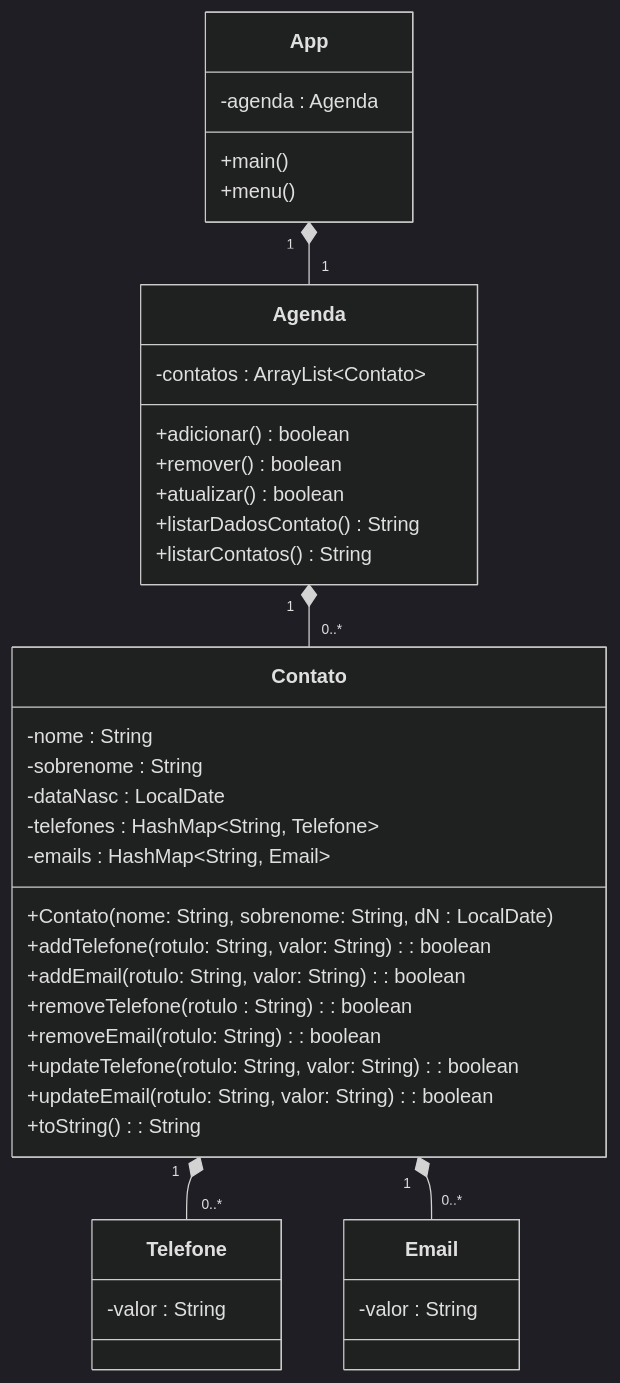
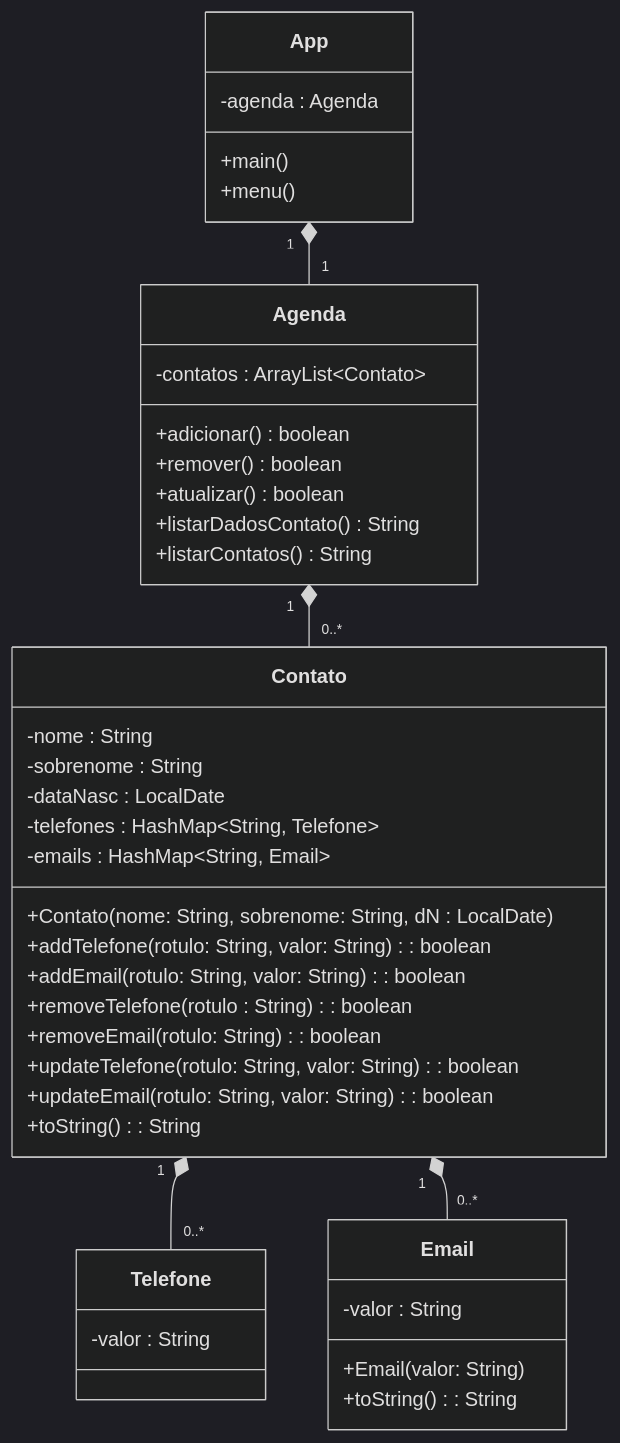
One commit to LuisEAbreu/poo changed the diagram in aulas/2026-10-05/projeto02/README.md. Above: the diagram before and after it, drawn with Mermaid (dark theme).

Commit message:
Atualizando métodos da classe Email na UML

````diff
--- a/aulas/2026-10-05/projeto02/README.md
+++ b/aulas/2026-10-05/projeto02/README.md
@@ -17,48 +17,50 @@
 ```mermaid
     classDiagram
         
         class App{
             -agenda : Agenda
             +main()
             +menu()
         }
         
         class Agenda{ 
             -contatos : ArrayList~Contato~
             +adicionar() boolean
             +remover() boolean
             +atualizar() boolean
             +listarDadosContato() String
             +listarContatos() String
         }
         
         class Contato{
             -nome : String
             -sobrenome : String
             -dataNasc : LocalDate
             -telefones : HashMap~String, Telefone~
             -emails : HashMap~String, Email~
 
             +Contato(nome: String, sobrenome: String, dN : LocalDate)
             +addTelefone(rotulo: String, valor: String): boolean
             +addEmail(rotulo: String, valor: String): boolean
             +removeTelefone(rotulo : String): boolean
             +removeEmail(rotulo: String): boolean
             +updateTelefone(rotulo: String, valor: String): boolean
             +updateEmail(rotulo: String, valor: String): boolean
             +toString(): String
         }
         
         class Telefone{
             -valor : String
         }
 
         class Email{ 
             -valor : String
+            +Email(valor: String)
+            +toString(): String
         }
         
         App "1" *-- "1" Agenda
         Agenda "1" *-- "0..*" Contato
         Contato "1" *-- "0..*" Telefone
         Contato "1" *-- "0..*" Email
 ```
````
